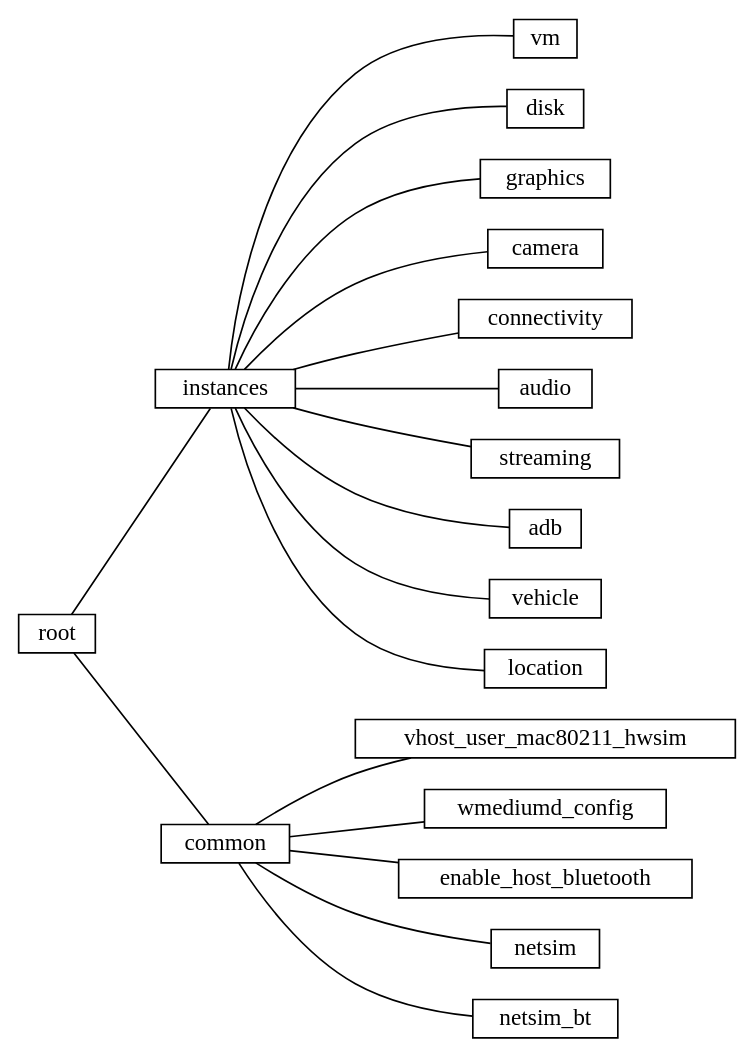
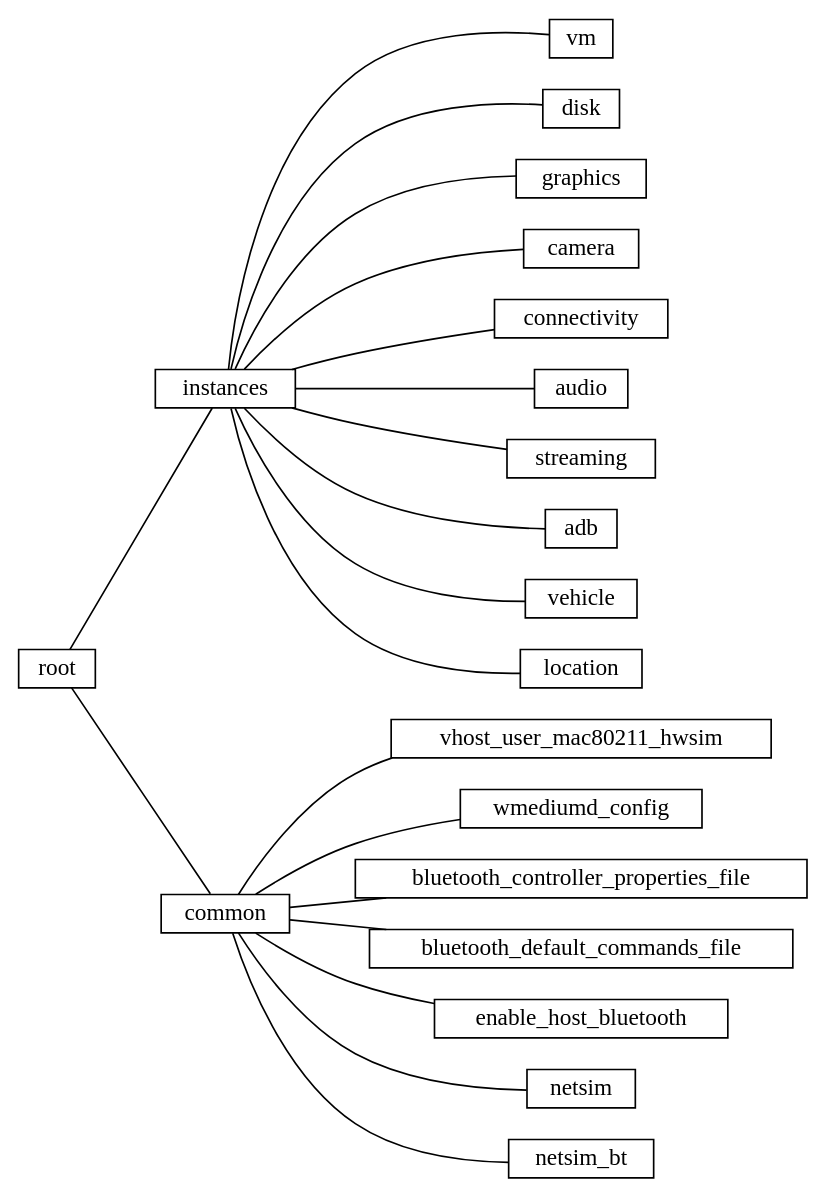
Before and after one commit to google/android-cuttlefish: the diagram in cvd/cuttlefish/host/commands/cvd/parser/doc/linkage.dot, drawn with Graphviz.

Commit message:
Merge changes I7b9d8d8f,I7de4674b,Idf4f0c88,Ib519344f,If0e50371, ... am: 01ebccfb5a am: 1879a18062 am: 2d67dfa429
Original change: https://android-review.googlesource.com/c/device/google/cuttlefish/+/2291406

```diff
--- a/cvd/cuttlefish/host/commands/cvd/parser/doc/linkage.dot
+++ b/cvd/cuttlefish/host/commands/cvd/parser/doc/linkage.dot
@@ -1,21 +1,23 @@
 graph {
   rankdir=LR
 node [shape=record,width=.1,height=.1];
 root--instances
 root--common
 common--vhost_user_mac80211_hwsim
 common--wmediumd_config
+common--bluetooth_controller_properties_file
+common--bluetooth_default_commands_file
 common--enable_host_bluetooth
 common--netsim
 common--netsim_bt
 instances--vm
 instances--disk
 instances--graphics
 instances--camera
 instances--connectivity
 instances--audio
 instances--streaming
 instances--adb
 instances--vehicle
 instances--location
 }
```
